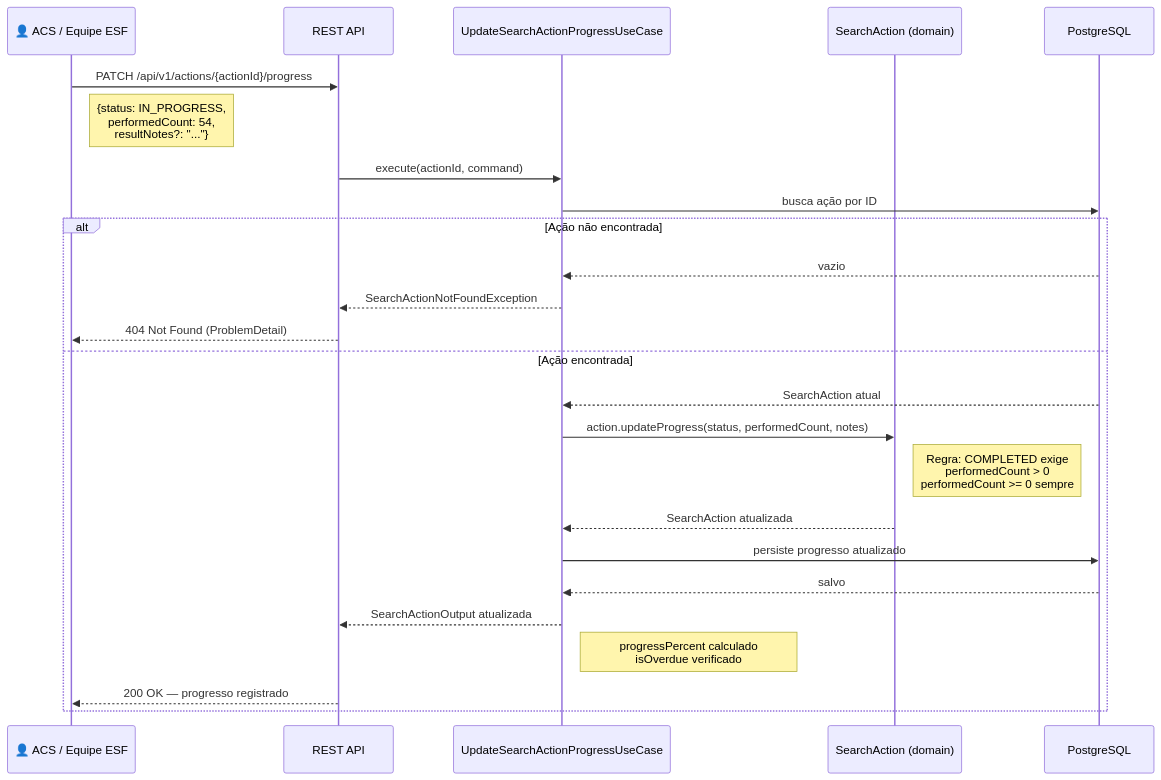
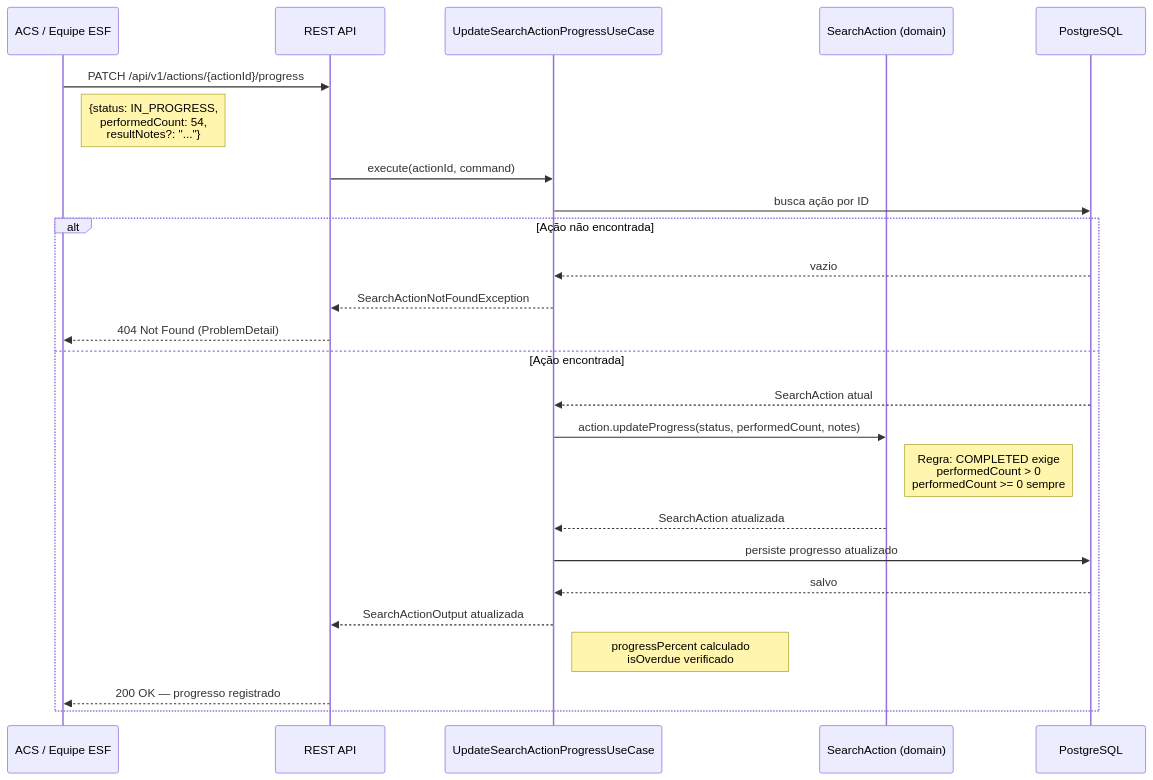
Before and after one commit to eps364/tech-challenge-fase-05: the diagram in docs/diagramas/flow-04-atualizar-progresso.mmd, drawn with Mermaid. The commit also changed 15 other files, not shown here.

Commit message:
docs: remove ícones/emojis dos diagramas Mermaid

```diff
--- a/docs/diagramas/flow-04-atualizar-progresso.mmd
+++ b/docs/diagramas/flow-04-atualizar-progresso.mmd
@@ -1,29 +1,29 @@
 %% Fluxo 4: Atualização de Progresso da Ação - SUS-Connect APS MVP (Fase 05)
 
 sequenceDiagram
-    participant ACS as 👤 ACS / Equipe ESF
+    participant ACS as ACS / Equipe ESF
     participant API as REST API
     participant UC as UpdateSearchActionProgressUseCase
     participant Domain as SearchAction (domain)
     participant DB as PostgreSQL
 
     ACS->>API: PATCH /api/v1/actions/{actionId}/progress
     Note right of ACS: {status: IN_PROGRESS,<br/>performedCount: 54,<br/>resultNotes?: "..."}
 
     API->>UC: execute(actionId, command)
     UC->>DB: busca ação por ID
     alt Ação não encontrada
         DB-->>UC: vazio
         UC-->>API: SearchActionNotFoundException
         API-->>ACS: 404 Not Found (ProblemDetail)
     else Ação encontrada
         DB-->>UC: SearchAction atual
         UC->>Domain: action.updateProgress(status, performedCount, notes)
         Note right of Domain: Regra: COMPLETED exige<br/>performedCount > 0<br/>performedCount >= 0 sempre
         Domain-->>UC: SearchAction atualizada
         UC->>DB: persiste progresso atualizado
         DB-->>UC: salvo
         UC-->>API: SearchActionOutput atualizada
         Note right of UC: progressPercent calculado<br/>isOverdue verificado
         API-->>ACS: 200 OK — progresso registrado
     end
```
